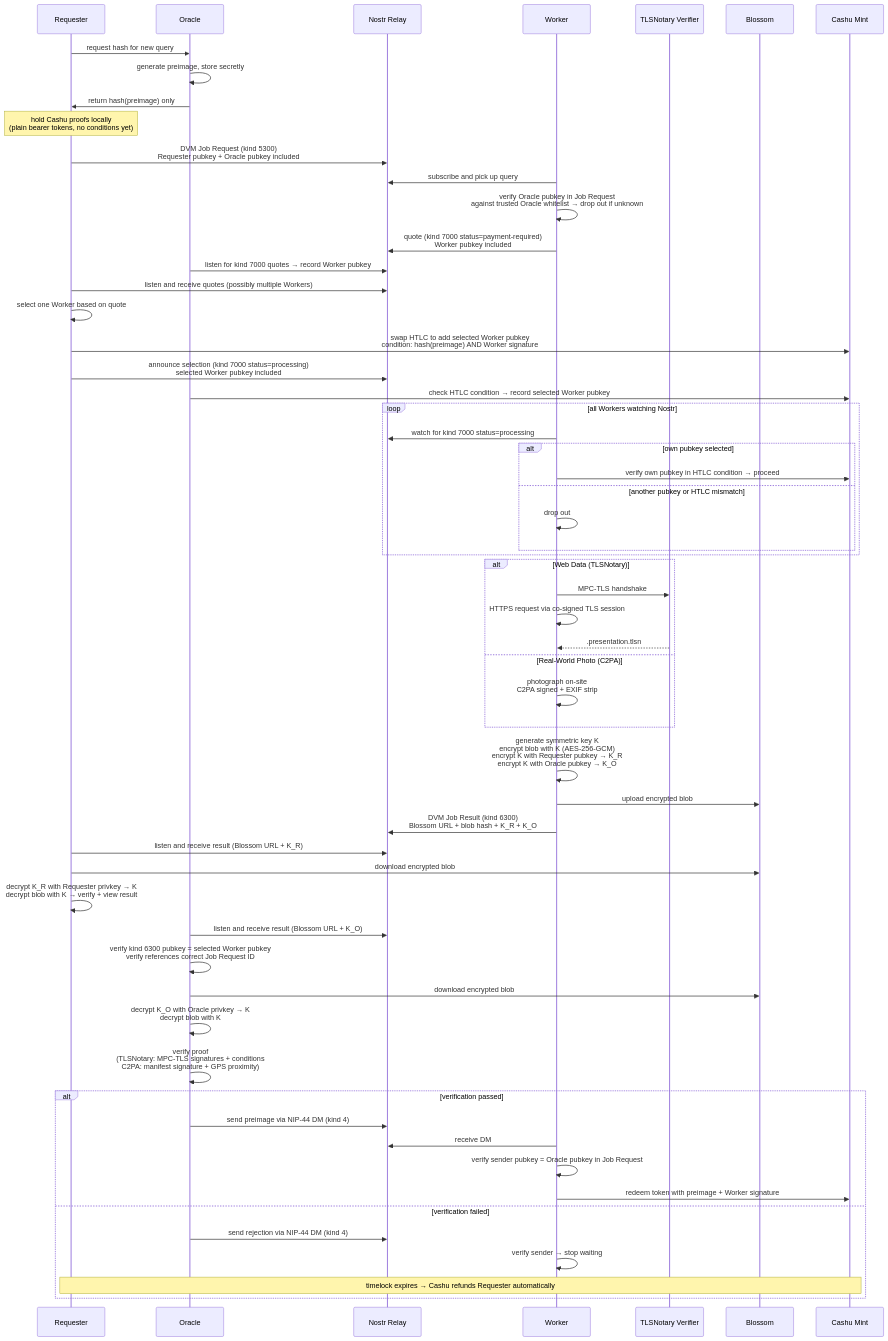
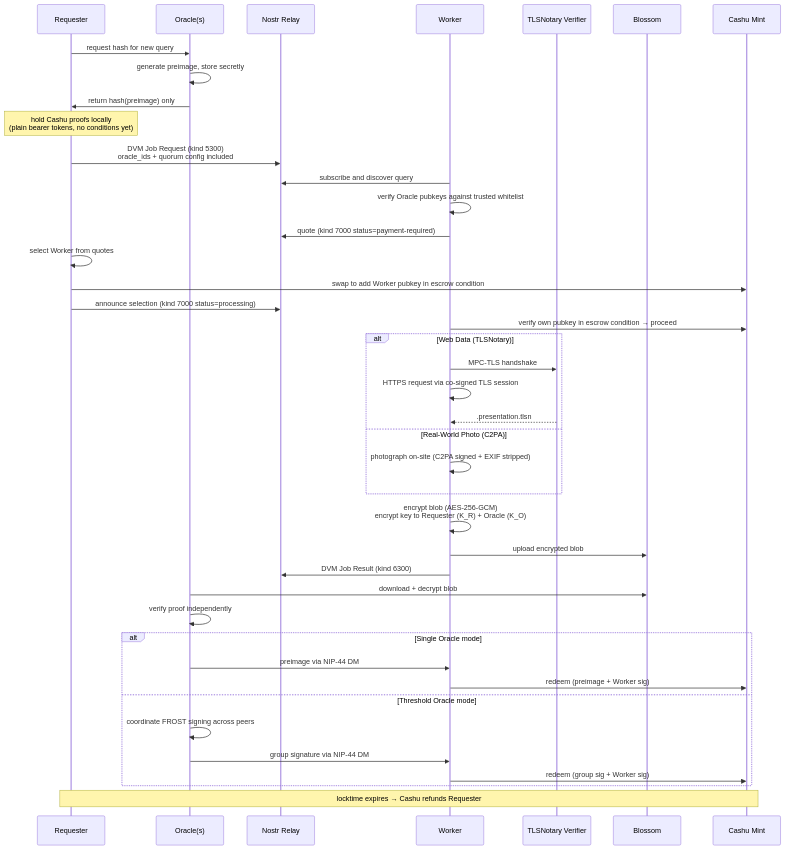
The second of 2 diagrams in README.md (motxx/anchr), drawn with Mermaid before and after one commit. The commit also changed other lines of this file, not shown here.

````diff
--- a/README.md
+++ b/README.md
@@ -88,69 +150,53 @@
 ```mermaid
 sequenceDiagram
     participant R as Requester
-    participant O as Oracle
+    participant O as Oracle(s)
     participant N as Nostr Relay
     participant W as Worker
     participant V as TLSNotary Verifier
     participant B as Blossom
     participant M as Cashu Mint
 
     R->>O: request hash for new query
     O->>O: generate preimage, store secretly
     O->>R: return hash(preimage) only
 
     Note over R: hold Cashu proofs locally<br/>(plain bearer tokens, no conditions yet)
-    R->>N: DVM Job Request (kind 5300)<br/>Requester pubkey + Oracle pubkey included
+    R->>N: DVM Job Request (kind 5300)<br/>oracle_ids + quorum config included
 
-    W->>N: subscribe and pick up query
-    W->>W: verify Oracle pubkey in Job Request<br/>against trusted Oracle whitelist → drop out if unknown
-    W->>N: quote (kind 7000 status=payment-required)<br/>Worker pubkey included
-    O->>N: listen for kind 7000 quotes → record Worker pubkey
+    W->>N: subscribe and discover query
+    W->>W: verify Oracle pubkeys against trusted whitelist
+    W->>N: quote (kind 7000 status=payment-required)
 
-    R->>N: listen and receive quotes (possibly multiple Workers)
-    R->>R: select one Worker based on quote
-    R->>M: swap HTLC to add selected Worker pubkey<br/>condition: hash(preimage) AND Worker signature
-    R->>N: announce selection (kind 7000 status=processing)<br/>selected Worker pubkey included
-    O->>M: check HTLC condition → record selected Worker pubkey
+    R->>R: select Worker from quotes
+    R->>M: swap to add Worker pubkey in escrow condition
+    R->>N: announce selection (kind 7000 status=processing)
 
-    loop all Workers watching Nostr
-        W->>N: watch for kind 7000 status=processing
-        alt own pubkey selected
-            W->>M: verify own pubkey in HTLC condition → proceed
-        else another pubkey or HTLC mismatch
-            W->>W: drop out
-        end
-    end
+    W->>M: verify own pubkey in escrow condition → proceed
 
     alt Web Data (TLSNotary)
         W->>V: MPC-TLS handshake
         W->>W: HTTPS request via co-signed TLS session
         V-->>W: .presentation.tlsn
     else Real-World Photo (C2PA)
-        W->>W: photograph on-site<br/>C2PA signed + EXIF strip
+        W->>W: photograph on-site (C2PA signed + EXIF stripped)
     end
 
-    W->>W: generate symmetric key K<br/>encrypt blob with K (AES-256-GCM)<br/>encrypt K with Requester pubkey → K_R<br/>encrypt K with Oracle pubkey → K_O
+    W->>W: encrypt blob (AES-256-GCM)<br/>encrypt key to Requester (K_R) + Oracle (K_O)
     W->>B: upload encrypted blob
-    W->>N: DVM Job Result (kind 6300)<br/>Blossom URL + blob hash + K_R + K_O
+    W->>N: DVM Job Result (kind 6300)
 
-    R->>N: listen and receive result (Blossom URL + K_R)
-    R->>B: download encrypted blob
-    R->>R: decrypt K_R with Requester privkey → K<br/>decrypt blob with K → verify + view result
+    O->>B: download + decrypt blob
+    O->>O: verify proof independently
 
-    O->>N: listen and receive result (Blossom URL + K_O)
-    O->>O: verify kind 6300 pubkey = selected Worker pubkey<br/>verify references correct Job Request ID
-    O->>B: download encrypted blob
-    O->>O: decrypt K_O with Oracle privkey → K<br/>decrypt blob with K
-    O->>O: verify proof<br/>(TLSNotary: MPC-TLS signatures + conditions<br/>C2PA: manifest signature + GPS proximity)
-    alt verification passed
-        O->>N: send preimage via NIP-44 DM (kind 4)
-        W->>N: receive DM
-        W->>W: verify sender pubkey = Oracle pubkey in Job Request
-        W->>M: redeem token with preimage + Worker signature
-    else verification failed
-        O->>N: send rejection via NIP-44 DM (kind 4)
-        W->>W: verify sender → stop waiting
-        Note over M,R: timelock expires → Cashu refunds Requester automatically
+    alt Single Oracle mode
+        O->>W: preimage via NIP-44 DM
+        W->>M: redeem (preimage + Worker sig)
+    else Threshold Oracle mode
+        O->>O: coordinate FROST signing across peers
+        O->>W: group signature via NIP-44 DM
+        W->>M: redeem (group sig + Worker sig)
     end
+
+    Note over R,M: locktime expires → Cashu refunds Requester
 ```
````
